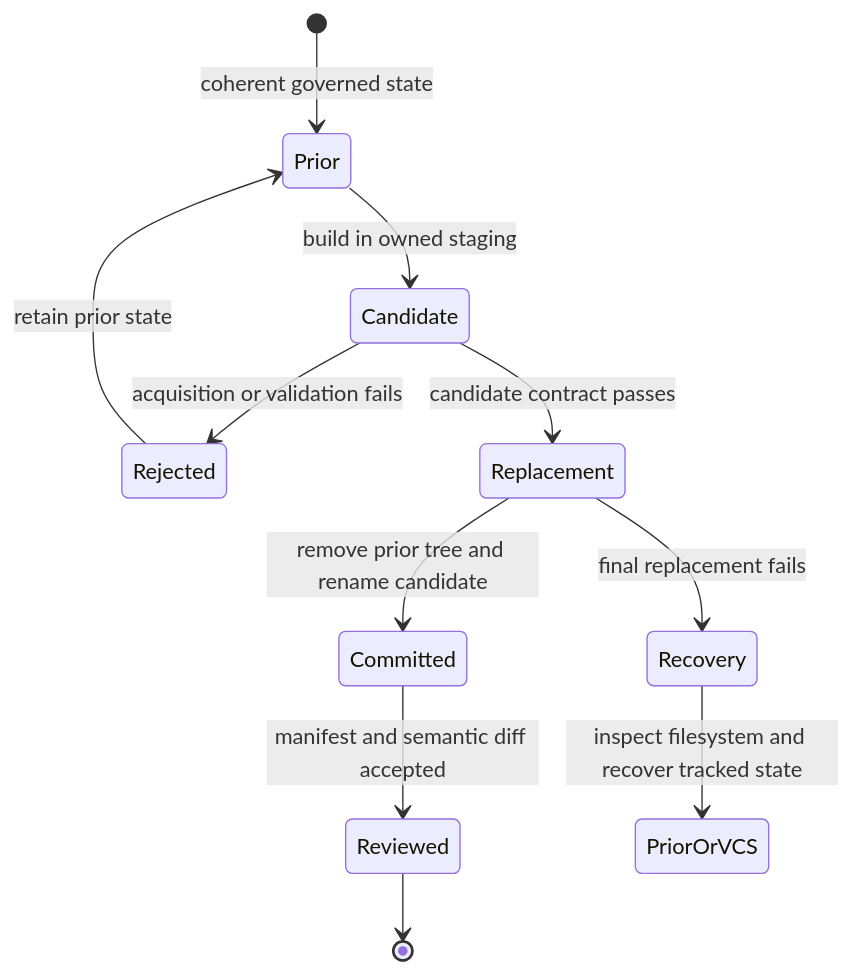
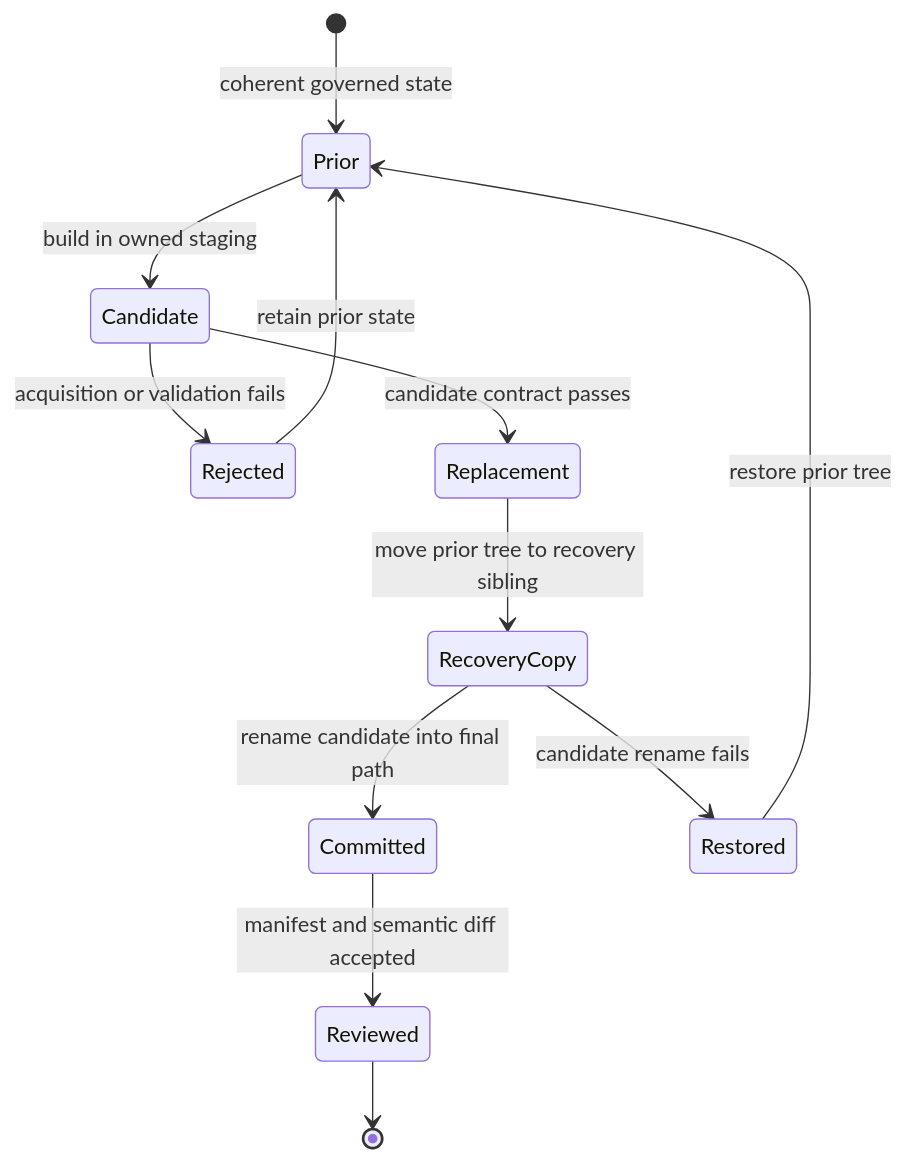
One commit to bijux/bijux-pollenomics changed the second of 2 diagrams in docs/public/pollenomics/operations/index.md. Above: the diagram before and after it, drawn with Mermaid. The commit also changed other lines of this file and 9 other files, not shown here.

````diff
--- a/docs/public/pollenomics/operations/index.md
+++ b/docs/public/pollenomics/operations/index.md
@@ -56,13 +56,14 @@
 ```mermaid
 stateDiagram-v2
     [*] --> Prior: coherent governed state
     Prior --> Candidate: build in owned staging
     Candidate --> Rejected: acquisition or validation fails
     Rejected --> Prior: retain prior state
     Candidate --> Replacement: candidate contract passes
-    Replacement --> Committed: remove prior tree and rename candidate
-    Replacement --> Recovery: final replacement fails
+    Replacement --> RecoveryCopy: move prior tree to recovery sibling
+    RecoveryCopy --> Committed: rename candidate into final path
+    RecoveryCopy --> Restored: candidate rename fails
+    Restored --> Prior: restore prior tree
     Committed --> Reviewed: manifest and semantic diff accepted
-    Recovery --> PriorOrVCS: inspect filesystem and recover tracked state
     Reviewed --> [*]
 ```
````
